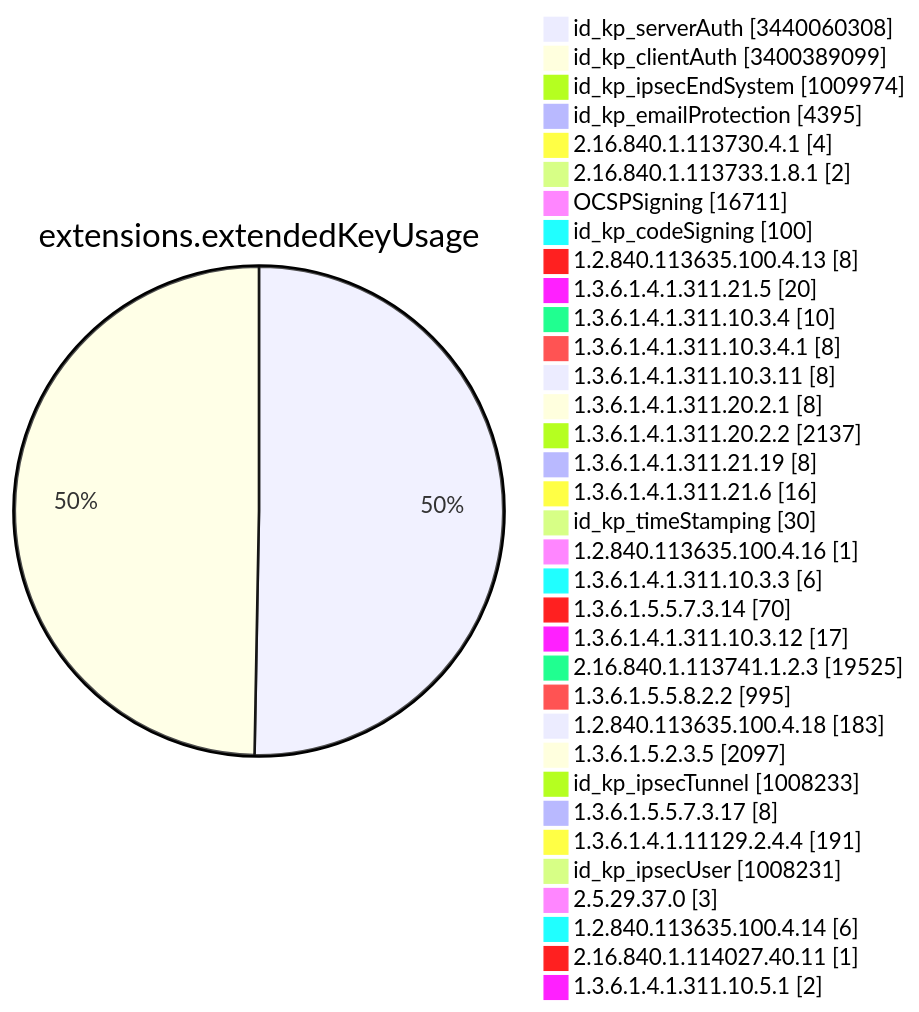
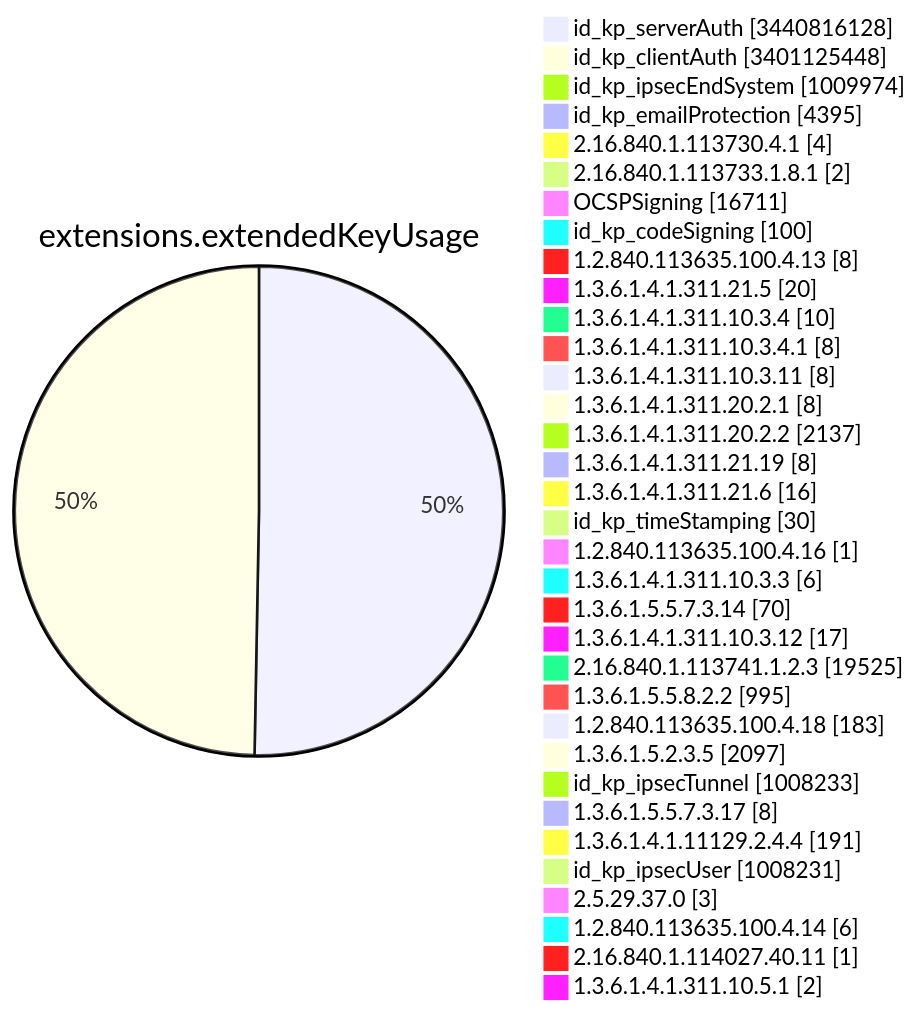
Before and after one commit to christiankrug/ctmonitor_visualization: diagram 11 of 15 in TOTAL/README.md, drawn with Mermaid. The commit also changed other lines of this file, not shown here.

````diff
--- a/TOTAL/README.md
+++ b/TOTAL/README.md
@@ -4123,38 +4123,38 @@
 ```mermaid
 pie showData
 title extensions.extendedKeyUsage
-"id_kp_serverAuth" :3440060308
-"id_kp_clientAuth" :3400389099
+"id_kp_serverAuth" :3440816128
+"id_kp_clientAuth" :3401125448
 "id_kp_ipsecEndSystem" :1009974
 "id_kp_emailProtection" :4395
 "2.16.840.1.113730.4.1" :4
 "2.16.840.1.113733.1.8.1" :2
 "OCSPSigning" :16711
 "id_kp_codeSigning" :100
 "1.2.840.113635.100.4.13" :8
 "1.3.6.1.4.1.311.21.5" :20
 "1.3.6.1.4.1.311.10.3.4" :10
 "1.3.6.1.4.1.311.10.3.4.1" :8
 "1.3.6.1.4.1.311.10.3.11" :8
 "1.3.6.1.4.1.311.20.2.1" :8
 "1.3.6.1.4.1.311.20.2.2" :2137
 "1.3.6.1.4.1.311.21.19" :8
 "1.3.6.1.4.1.311.21.6" :16
 "id_kp_timeStamping" :30
 "1.2.840.113635.100.4.16" :1
 "1.3.6.1.4.1.311.10.3.3" :6
 "1.3.6.1.5.5.7.3.14" :70
 "1.3.6.1.4.1.311.10.3.12" :17
 "2.16.840.1.113741.1.2.3" :19525
 "1.3.6.1.5.5.8.2.2" :995
 "1.2.840.113635.100.4.18" :183
 "1.3.6.1.5.2.3.5" :2097
 "id_kp_ipsecTunnel" :1008233
 "1.3.6.1.5.5.7.3.17" :8
 "1.3.6.1.4.1.11129.2.4.4" :191
 "id_kp_ipsecUser" :1008231
 "2.5.29.37.0" :3
 "1.2.840.113635.100.4.14" :6
 "2.16.840.1.114027.40.11" :1
 "1.3.6.1.4.1.311.10.5.1" :2
 ```
````
